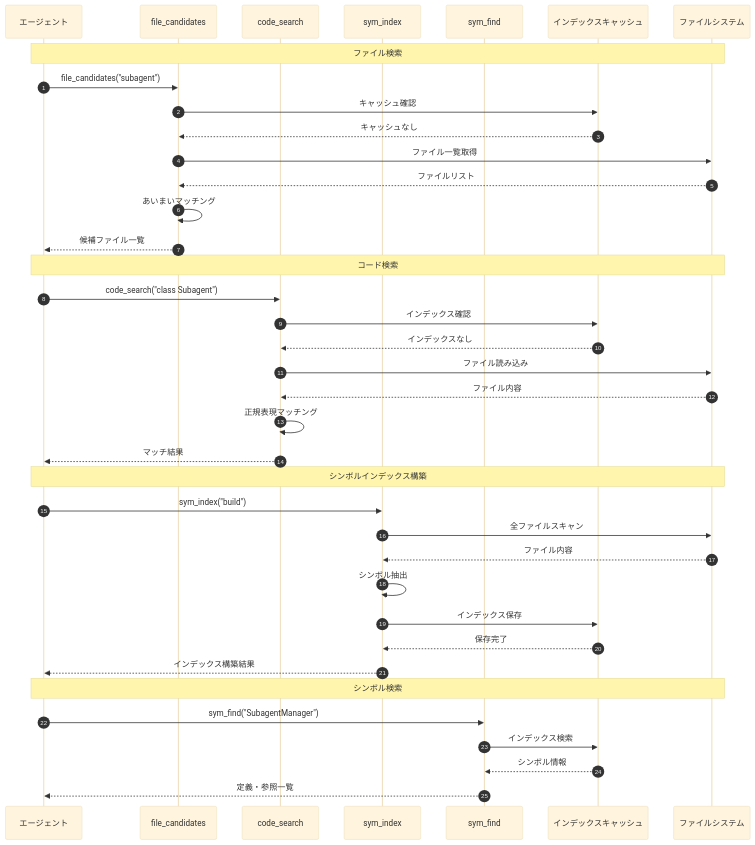
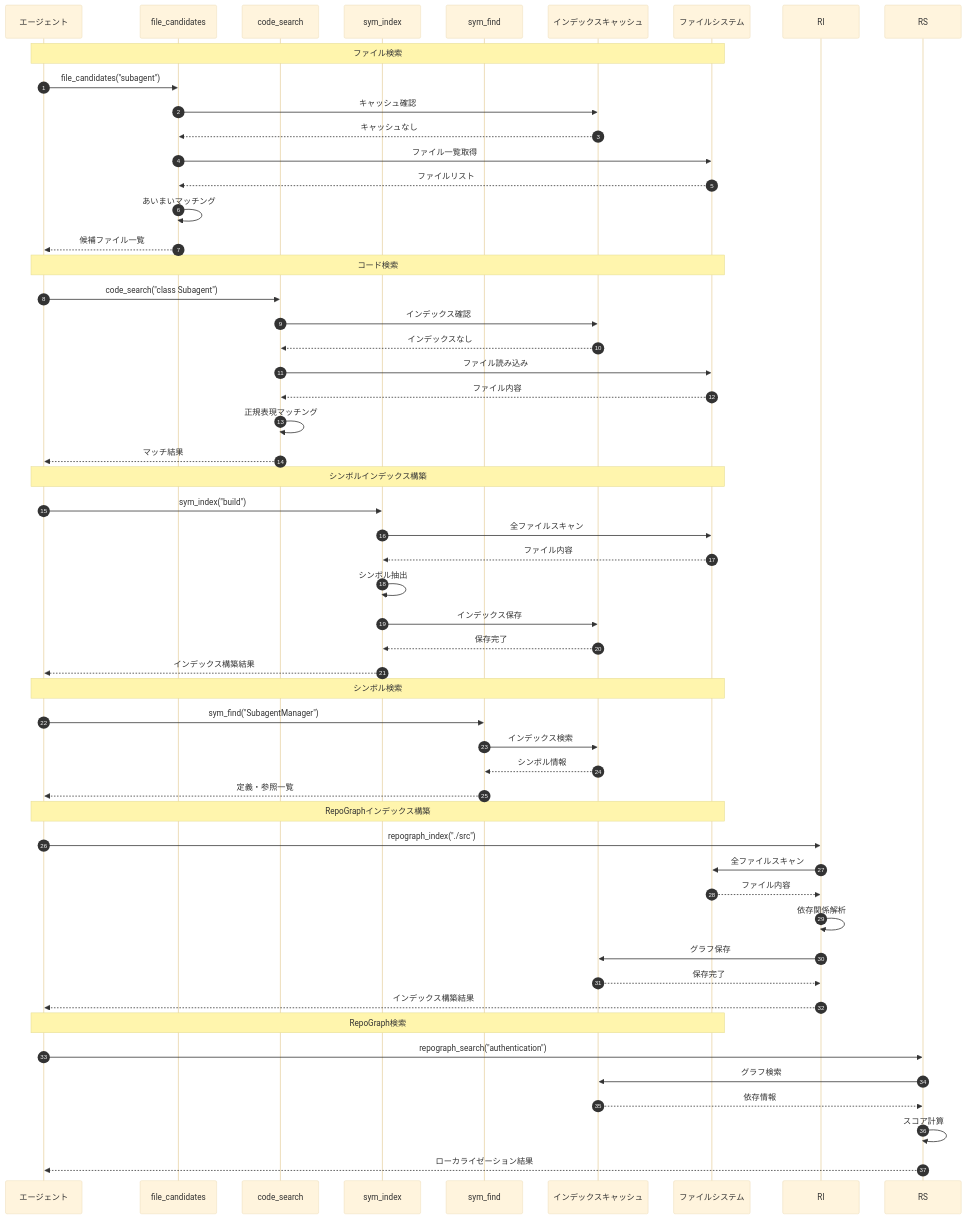
One commit to Mekann2904/mekann changed the first of 2 diagrams in docs/02-user-guide/15-search-tools.md. Above: the diagram before and after it, drawn with Mermaid (base theme). The commit also changed other lines of this file and 13 other files, not shown here.

````diff
--- a/docs/02-user-guide/15-search-tools.md
+++ b/docs/02-user-guide/15-search-tools.md
@@ -163,44 +491,60 @@
 ```mermaid
 sequenceDiagram
     autonumber
     participant Agent as エージェント
     participant FC as file_candidates
     participant CS as code_search
     participant SI as sym_index
     participant SF as sym_find
     participant Cache as インデックスキャッシュ
     participant FS as ファイルシステム
 
     Note over Agent,FS: ファイル検索
     Agent->>FC: file_candidates("subagent")
     FC->>Cache: キャッシュ確認
     Cache-->>FC: キャッシュなし
     FC->>FS: ファイル一覧取得
     FS-->>FC: ファイルリスト
     FC->>FC: あいまいマッチング
     FC-->>Agent: 候補ファイル一覧
 
     Note over Agent,FS: コード検索
     Agent->>CS: code_search("class Subagent")
     CS->>Cache: インデックス確認
     Cache-->>CS: インデックスなし
     CS->>FS: ファイル読み込み
     FS-->>CS: ファイル内容
     CS->>CS: 正規表現マッチング
     CS-->>Agent: マッチ結果
 
     Note over Agent,FS: シンボルインデックス構築
     Agent->>SI: sym_index("build")
     SI->>FS: 全ファイルスキャン
     FS-->>SI: ファイル内容
     SI->>SI: シンボル抽出
     SI->>Cache: インデックス保存
     Cache-->>SI: 保存完了
     SI-->>Agent: インデックス構築結果
 
     Note over Agent,FS: シンボル検索
     Agent->>SF: sym_find("SubagentManager")
     SF->>Cache: インデックス検索
     Cache-->>SF: シンボル情報
     SF-->>Agent: 定義・参照一覧
+
+    Note over Agent,FS: RepoGraphインデックス構築
+    Agent->>RI: repograph_index("./src")
+    RI->>FS: 全ファイルスキャン
+    FS-->>RI: ファイル内容
+    RI->>RI: 依存関係解析
+    RI->>Cache: グラフ保存
+    Cache-->>RI: 保存完了
+    RI-->>Agent: インデックス構築結果
+
+    Note over Agent,FS: RepoGraph検索
+    Agent->>RS: repograph_search("authentication")
+    RS->>Cache: グラフ検索
+    Cache-->>RS: 依存情報
+    RS->>RS: スコア計算
+    RS-->>Agent: ローカライゼーション結果
 ```
````
